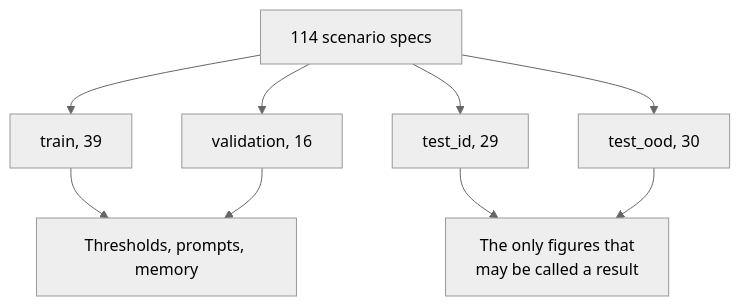
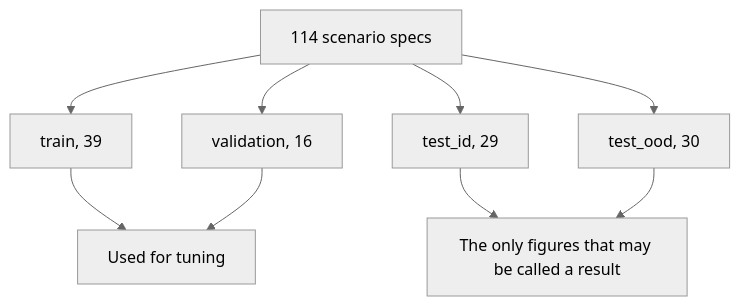
Before and after one commit to hoomanesteki/firebreak-ai-sre-agent: the third of 3 diagrams in README.md, drawn with Mermaid (neutral theme). The commit also changed other lines of this file, not shown here.

````diff
--- a/README.md
+++ b/README.md
@@ -155,11 +165,11 @@
 ```mermaid
 flowchart TB
-  LIB["114 scenario specs"] --> TR["train, 39"]
-  LIB --> VA["validation, 16"]
-  LIB --> TI["test_id, 29"]
-  LIB --> TO["test_ood, 30"]
-  TR --> TUNE["Thresholds, prompts, memory"]
+  LIB[114 scenario specs] --> TR[train, 39]
+  LIB --> VA[validation, 16]
+  LIB --> TI[test_id, 29]
+  LIB --> TO[test_ood, 30]
+  TR --> TUNE[Used for tuning]
   VA --> TUNE
-  TI --> RES["The only figures that<br/>may be called a result"]
+  TI --> RES[The only figures that may be called a result]
   TO --> RES
 ```
````
